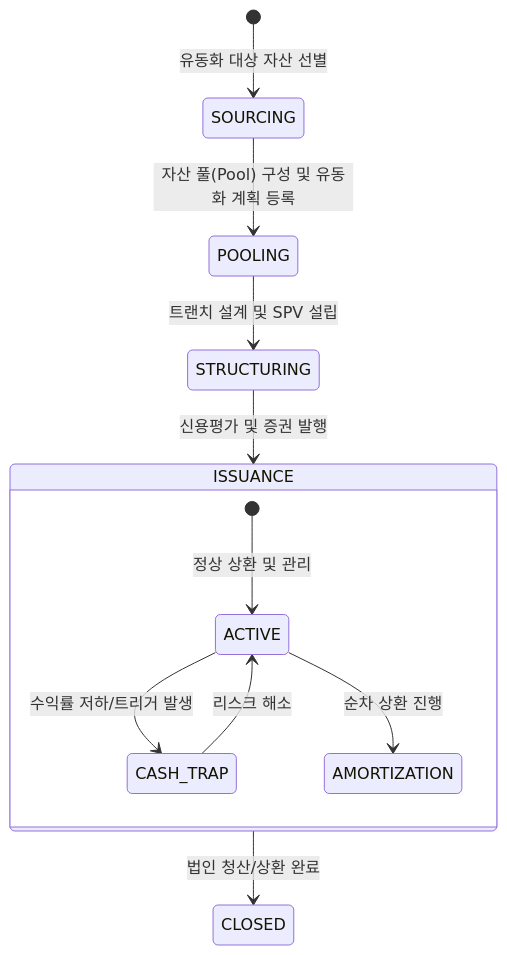
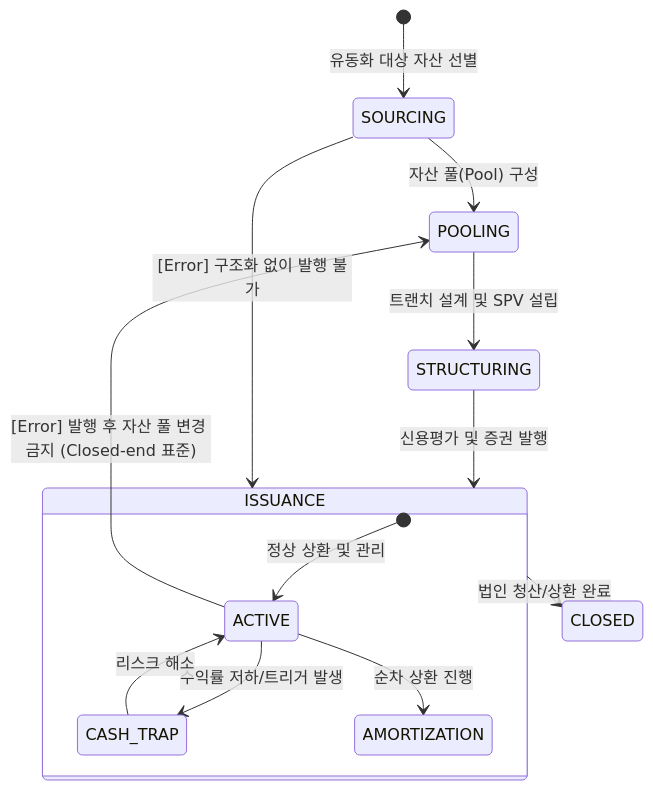
The diagram in src/03_Assets_Verticals/ABS/ABS_Deal_Lifecycle.md (kbgkim/ib_wiki), drawn with Mermaid before and after one commit. The commit also changed other lines of this file and 10 other files, not shown here.

````diff
--- a/src/03_Assets_Verticals/ABS/ABS_Deal_Lifecycle.md
+++ b/src/03_Assets_Verticals/ABS/ABS_Deal_Lifecycle.md
@@ -12,16 +12,20 @@
 ```mermaid
 stateDiagram-v2
     [*] --> SOURCING: 유동화 대상 자산 선별
-    SOURCING --> POOLING: 자산 풀(Pool) 구성 및 유동화 계획 등록
+    SOURCING --> POOLING: 자산 풀(Pool) 구성
     POOLING --> STRUCTURING: 트랜치 설계 및 SPV 설립
     STRUCTURING --> ISSUANCE: 신용평가 및 증권 발행
     
     state ISSUANCE {
         [*] --> ACTIVE: 정상 상환 및 관리
         ACTIVE --> CASH_TRAP: 수익률 저하/트리거 발생
         CASH_TRAP --> ACTIVE: 리스크 해소
         ACTIVE --> AMORTIZATION: 순차 상환 진행
     }
     
     ISSUANCE --> CLOSED: 법인 청산/상환 완료
+    
+    %% Invalid Transitions (명시적 금지)
+    SOURCING --> ISSUANCE: [Error] 구조화 없이 발행 불가
+    ACTIVE --> POOLING: [Error] 발행 후 자산 풀 변경 금지 (Closed-end 표준)
 ```
````
